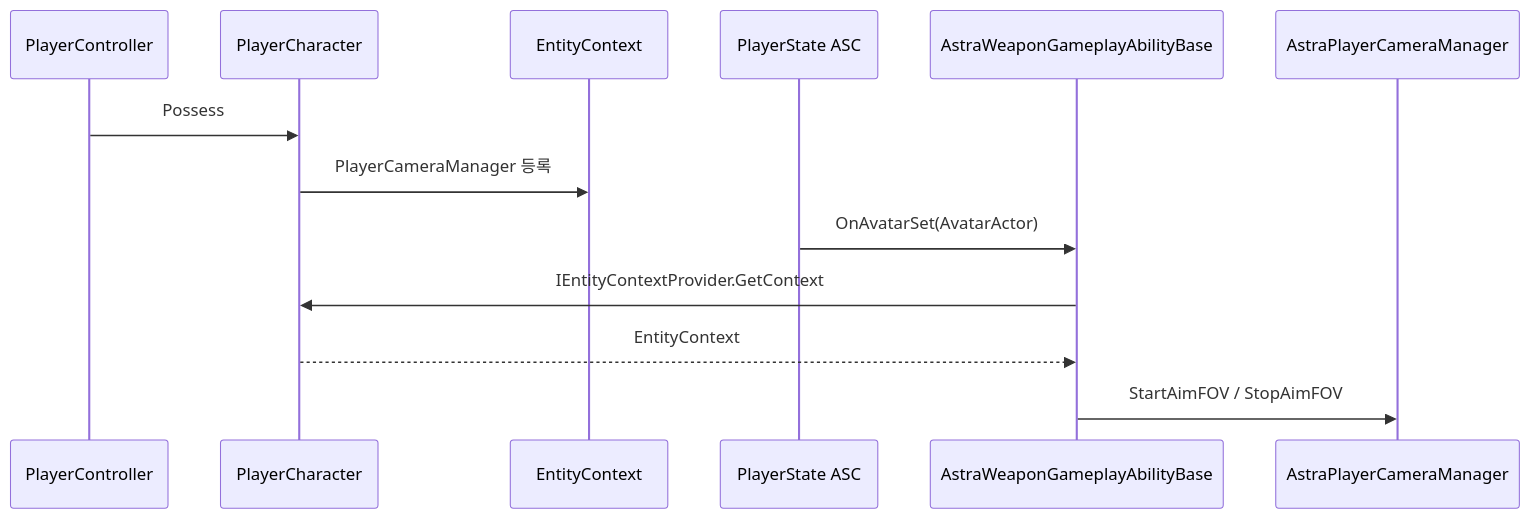
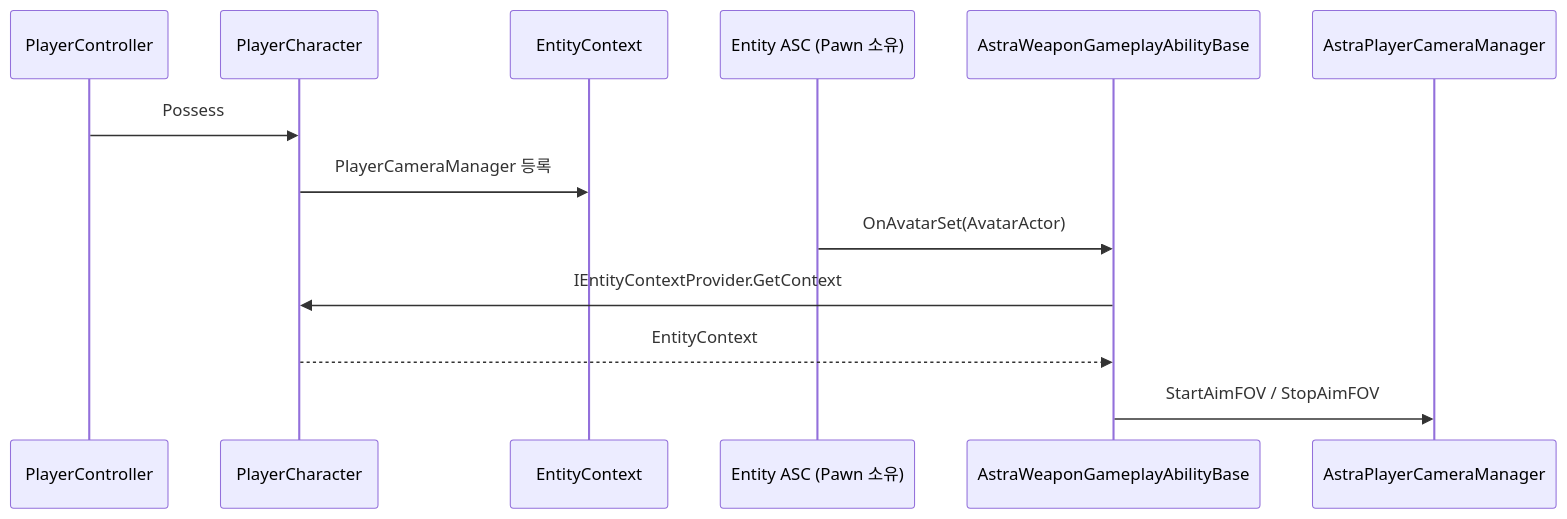
The second of 3 diagrams in Wiki/03_시스템 설계/시스템 아키텍처.md (liang2papa/Astra_Docs), drawn with Mermaid before and after one commit. The commit also changed other lines of this file and 13 other files, not shown here.

````diff
--- a/Wiki/03_시스템 설계/시스템 아키텍처.md
+++ b/Wiki/03_시스템 설계/시스템 아키텍처.md
@@ -133,15 +143,15 @@
 ```mermaid
 sequenceDiagram
     participant PC as PlayerController
     participant Pawn as PlayerCharacter
     participant Context as EntityContext
-    participant ASC as PlayerState ASC
+    participant ASC as Entity ASC (Pawn 소유)
     participant GA as AstraWeaponGameplayAbilityBase
     participant PCM as AstraPlayerCameraManager
     PC->>Pawn: Possess
     Pawn->>Context: PlayerCameraManager 등록
     ASC->>GA: OnAvatarSet(AvatarActor)
     GA->>Pawn: IEntityContextProvider.GetContext
     Pawn-->>GA: EntityContext
     GA->>PCM: StartAimFOV / StopAimFOV
 ```
````
